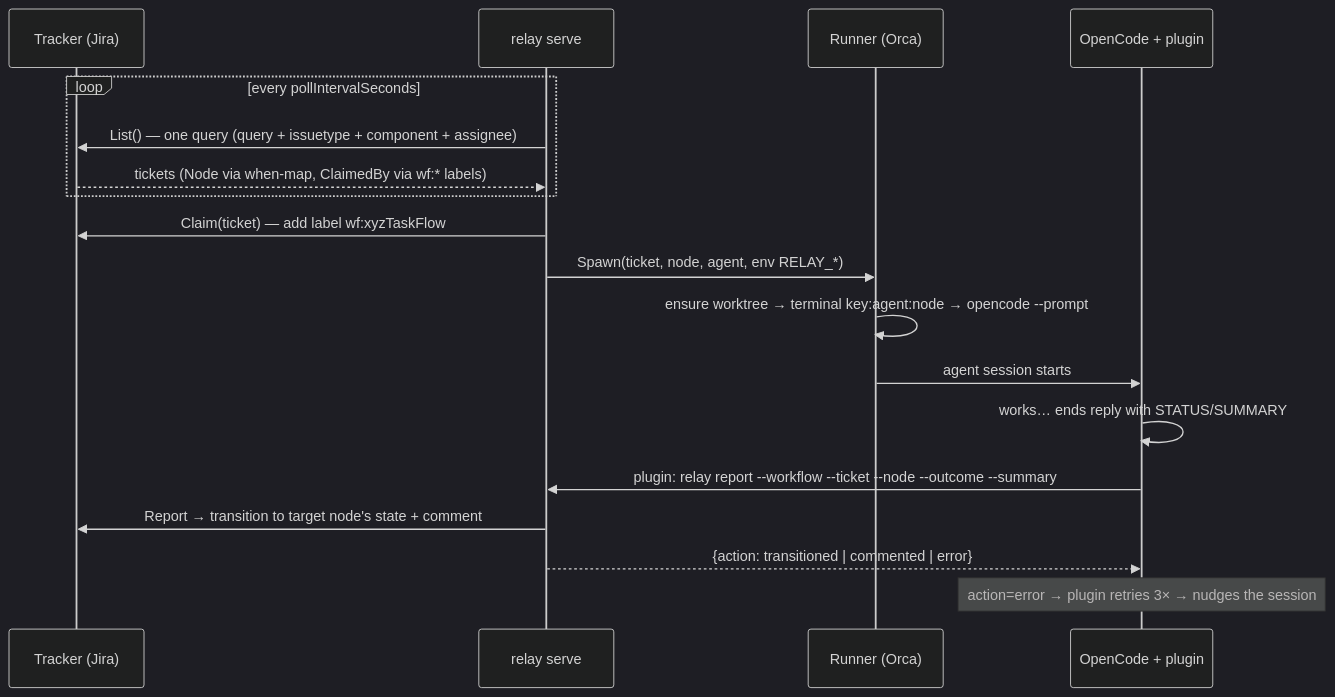
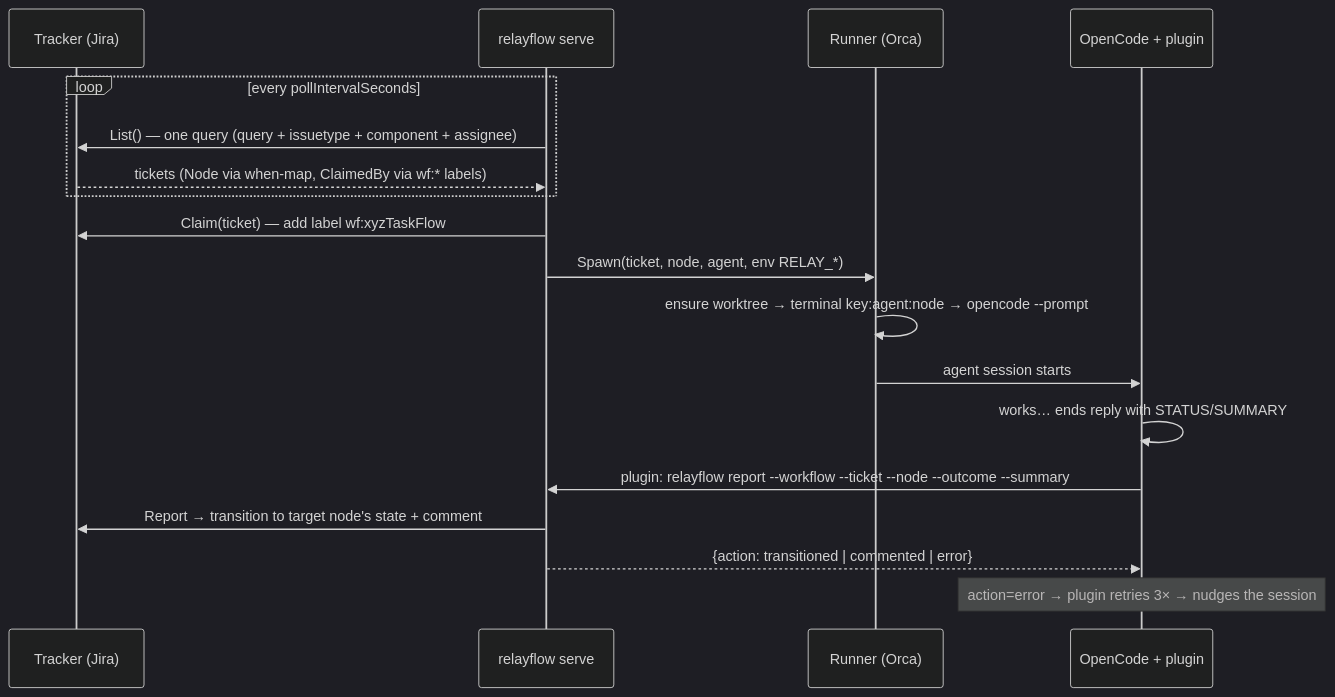
The first of 3 diagrams in README.md (rajpopat27/relay-flow), drawn with Mermaid (dark theme) before and after one commit. The commit also changed other lines of this file and 25 other files, not shown here.

First line of the commit message:
rename: relay → relayflow (binary, module, env, paths, npm package)

````diff
--- a/README.md
+++ b/README.md
@@ -98,21 +98,21 @@
 ```mermaid
 sequenceDiagram
     participant J as Tracker (Jira)
-    participant S as relay serve
+    participant S as relayflow serve
     participant R as Runner (Orca)
     participant O as OpenCode + plugin
 
     loop every pollIntervalSeconds
         S->>J: List() — one query (query + issuetype + component + assignee)
         J-->>S: tickets (Node via when-map, ClaimedBy via wf:* labels)
     end
     S->>J: Claim(ticket) — add label wf:xyzTaskFlow
     S->>R: Spawn(ticket, node, agent, env RELAY_*)
     R->>R: ensure worktree → terminal key:agent:node → opencode --prompt
     R->>O: agent session starts
     O->>O: works… ends reply with STATUS/SUMMARY
-    O->>S: plugin: relay report --workflow --ticket --node --outcome --summary
+    O->>S: plugin: relayflow report --workflow --ticket --node --outcome --summary
     S->>J: Report → transition to target node's state + comment
     S-->>O: {action: transitioned | commented | error}
     Note over O: action=error → plugin retries 3× → nudges the session
 ```
````
